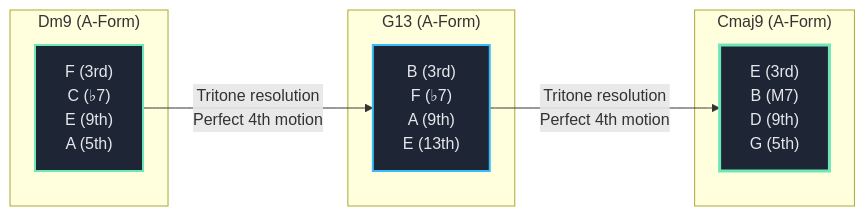
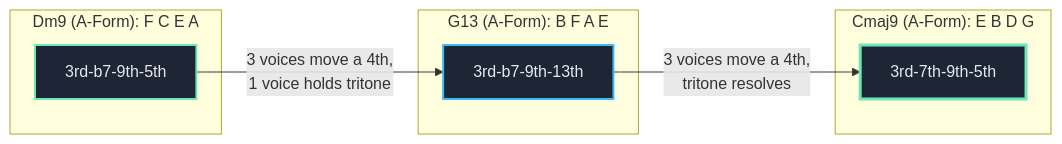
Before and after one commit to blebleblee/synapse: the first of 5 diagrams in topics/arts/composition/jazz_harmony/labs.md, drawn with Mermaid. The commit also changed other lines of this file and 4 other files, not shown here.

````diff
--- a/topics/arts/composition/jazz_harmony/labs.md
+++ b/topics/arts/composition/jazz_harmony/labs.md
@@ -324,21 +140,17 @@
 ```mermaid
 graph LR
-    subgraph sub_dm9 ["Dm9 (A-Form)"]
-        A["F (3rd)<br/>C (♭7)<br/>E (9th)<br/>A (5th)"]
+    subgraph sub_dm9 ["Dm9 (A-Form): F C E A"]
+        A["3rd-b7-9th-5th"]
     end
-    
-    subgraph sub_g13 ["G13 (A-Form)"]
-        B["B (3rd)<br/>F (♭7)<br/>A (9th)<br/>E (13th)"]
+    subgraph sub_g13 ["G13 (A-Form): B F A E"]
+        B["3rd-b7-9th-13th"]
     end
-    
-    subgraph sub_cmaj9 ["Cmaj9 (A-Form)"]
-        C["E (3rd)<br/>B (M7)<br/>D (9th)<br/>G (5th)"]
+    subgraph sub_cmaj9 ["Cmaj9 (A-Form): E B D G"]
+        C["3rd-7th-9th-5th"]
     end
-    
-    A -->|"Tritone resolution<br/>Perfect 4th motion"| B
-    B -->|"Tritone resolution<br/>Perfect 4th motion"| C
-    
+    A -->|"3 voices move a 4th,<br/>1 voice holds tritone"| B
+    B -->|"3 voices move a 4th,<br/>tritone resolves"| C
     style A fill:#1E2636,stroke:#6EE7B7,stroke-width:2px,color:#E5E7EB
     style B fill:#1E2636,stroke:#38BDF8,stroke-width:2px,color:#E5E7EB
     style C fill:#1E2636,stroke:#6EE7B7,stroke-width:3px,color:#E5E7EB
 ```
````
